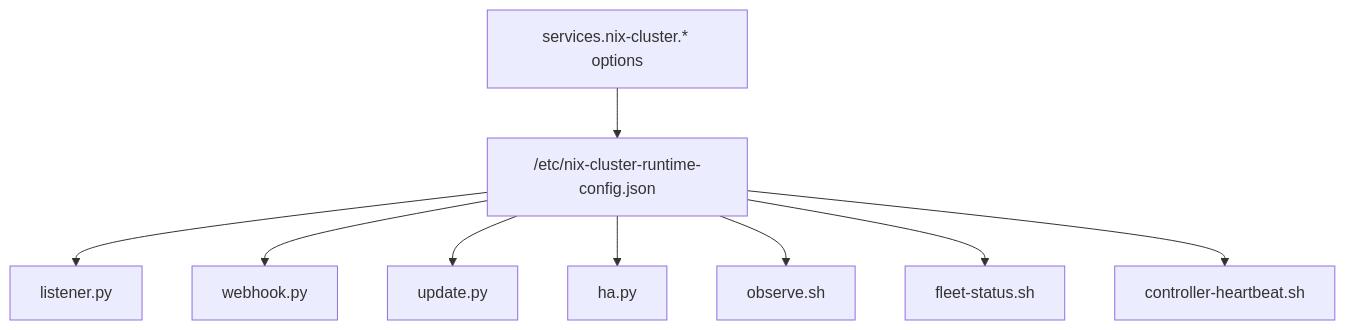
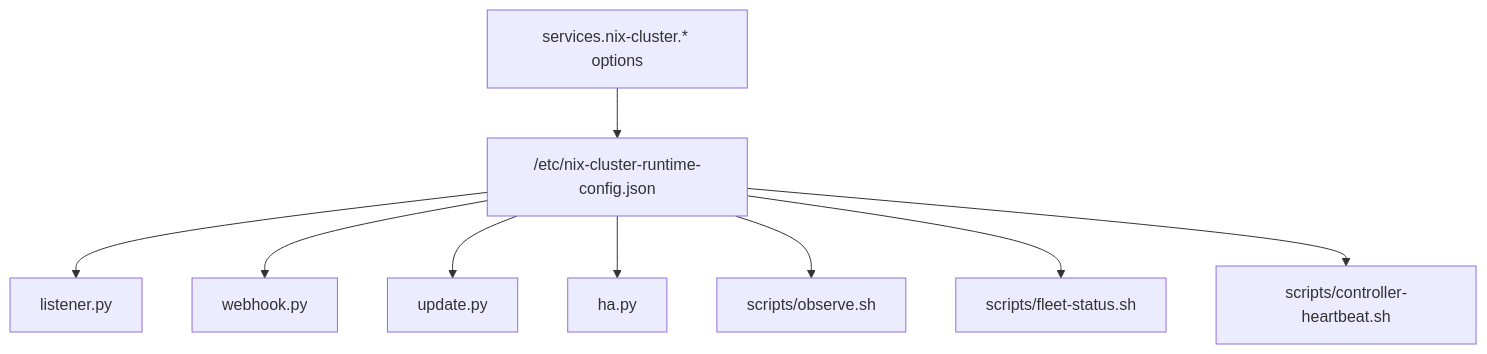
One commit to MossTeK/nix-cluster changed the diagram in docs/wiki/Configuration-Reference.md. Above: the diagram before and after it, drawn with Mermaid. The commit also changed 10 other files, not shown here.

````diff
--- a/docs/wiki/Configuration-Reference.md
+++ b/docs/wiki/Configuration-Reference.md
@@ -287,11 +287,11 @@
 ```mermaid
 flowchart TD
     A["services.nix-cluster.* options"] --> B["/etc/nix-cluster-runtime-config.json"]
     B --> C["listener.py"]
     B --> D["webhook.py"]
     B --> E["update.py"]
     B --> F["ha.py"]
-    B --> G["observe.sh"]
-    B --> H["fleet-status.sh"]
-    B --> I["controller-heartbeat.sh"]
+    B --> G["scripts/observe.sh"]
+    B --> H["scripts/fleet-status.sh"]
+    B --> I["scripts/controller-heartbeat.sh"]
 ```
````
